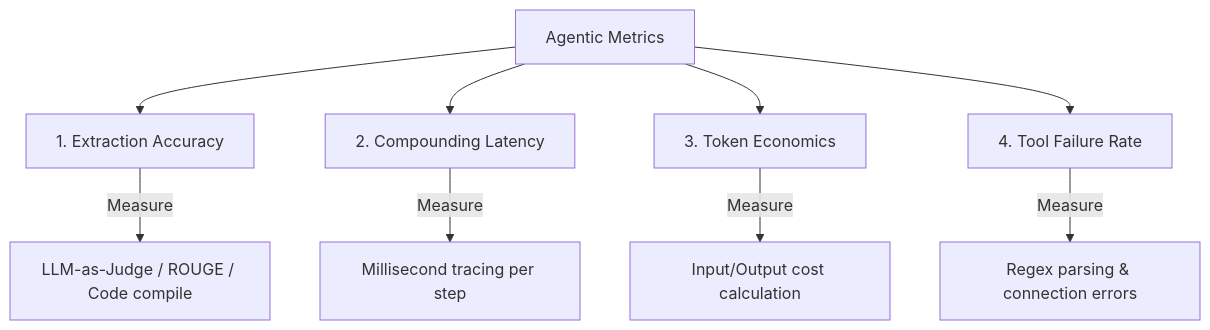
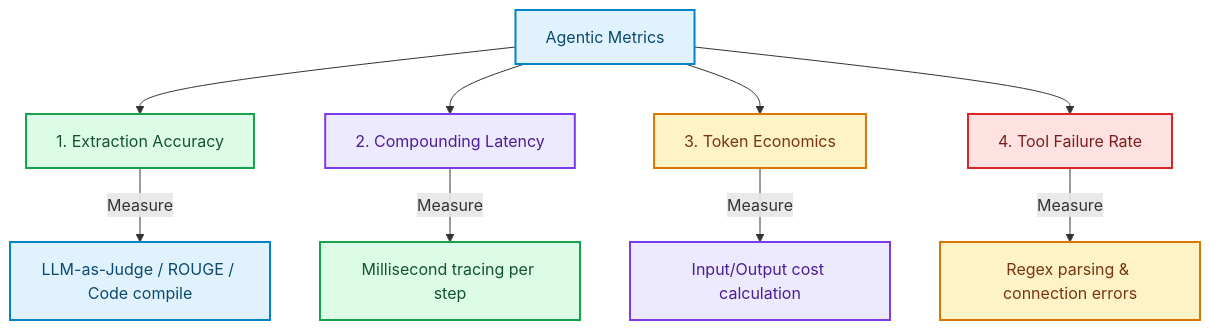
One commit to akmalkhaniub/akmalkhaniub.github.io changed the diagram in blog/posts/multi-agent-evals-at-scale.md. Above: the diagram before and after it, drawn with Mermaid. The commit also changed other lines of this file and 1291 other files, not shown here.

First line of the commit message:
feat(catalog): unique covers, scholarly references, and diagram palettes

````diff
--- a/blog/posts/multi-agent-evals-at-scale.md
+++ b/blog/posts/multi-agent-evals-at-scale.md
@@ -20,12 +20,23 @@
 ```mermaid
 flowchart TD
-    Metric[Agentic Metrics] --> Acc[1. Extraction Accuracy]
-    Metric --> Lat[2. Compounding Latency]
-    Metric --> Cost[3. Token Economics]
-    Metric --> Tool[4. Tool Failure Rate]
+    Metric["Agentic Metrics"] --> Acc["1. Extraction Accuracy"]
+    Metric --> Lat["2. Compounding Latency"]
+    Metric --> Cost["3. Token Economics"]
+    Metric --> Tool["4. Tool Failure Rate"]
     
-    Acc -->|Measure| LLMJudge[LLM-as-Judge / ROUGE / Code compile]
-    Lat -->|Measure| LatencyGate[Millisecond tracing per step]
-    Cost -->|Measure| TokenBill[Input/Output cost calculation]
-    Tool -->|Measure| ErrorRate[Regex parsing & connection errors]
+    Acc -->|Measure| LLMJudge["LLM-as-Judge / ROUGE / Code compile"]
+    Lat -->|Measure| LatencyGate["Millisecond tracing per step"]
+    Cost -->|Measure| TokenBill["Input/Output cost calculation"]
+    Tool -->|Measure| ErrorRate["Regex parsing & connection errors"]
+
+classDef green fill:#dcfce7,stroke:#16a34a,stroke-width:2px,color:#14532d;
+classDef red fill:#fee2e2,stroke:#dc2626,stroke-width:2px,color:#7f1d1d;
+classDef blue fill:#e0f2fe,stroke:#0284c7,stroke-width:2px,color:#0c4a6e;
+classDef yellow fill:#fef3c7,stroke:#d97706,stroke-width:2px,color:#78350f;
+classDef purple fill:#ede9fe,stroke:#7c3aed,stroke-width:2px,color:#4c1d95;
+class Metric,LLMJudge blue
+class Acc,LatencyGate green
+class Lat,TokenBill purple
+class Cost,ErrorRate yellow
+class Tool red
 ```
````
